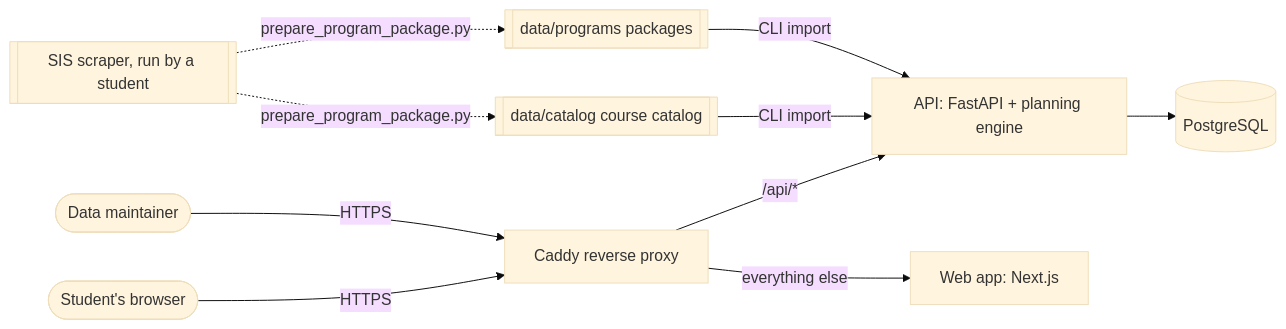
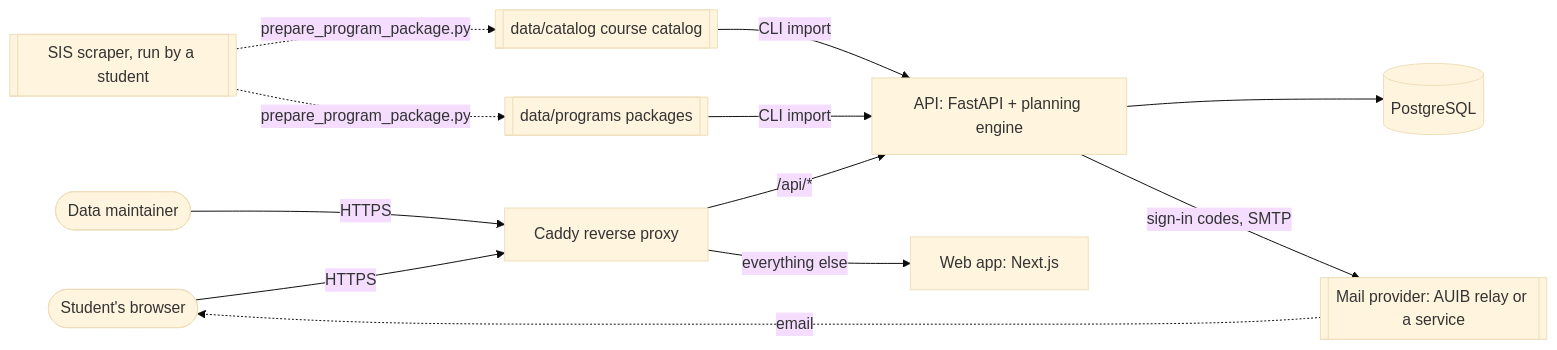
One commit to zaniixx/AUIB-Academic-Advisor changed the first of 2 diagrams in docs/architecture.md. Above: the diagram before and after it, drawn with Mermaid (base theme). The commit also changed other lines of this file and 68 other files, not shown here.

````diff
--- a/docs/architecture.md
+++ b/docs/architecture.md
@@ -7,12 +7,14 @@
 ```mermaid
 flowchart LR
   student([Student's browser]) -->|HTTPS| proxy[Caddy reverse proxy]
   admin([Data maintainer]) -->|HTTPS| proxy
   proxy -->|/api/*| api[API: FastAPI + planning engine]
   proxy -->|everything else| web[Web app: Next.js]
   api --> db[(PostgreSQL)]
+  api -->|sign-in codes, SMTP| mail[[Mail provider: AUIB relay or a service]]
+  mail -.->|email| student
   catalog[[data/catalog course catalog]] -->|CLI import| api
   packages[[data/programs packages]] -->|CLI import| api
   scraper[[SIS scraper, run by a student]] -.->|prepare_program_package.py| catalog
   scraper -.->|prepare_program_package.py| packages
 ```
````
